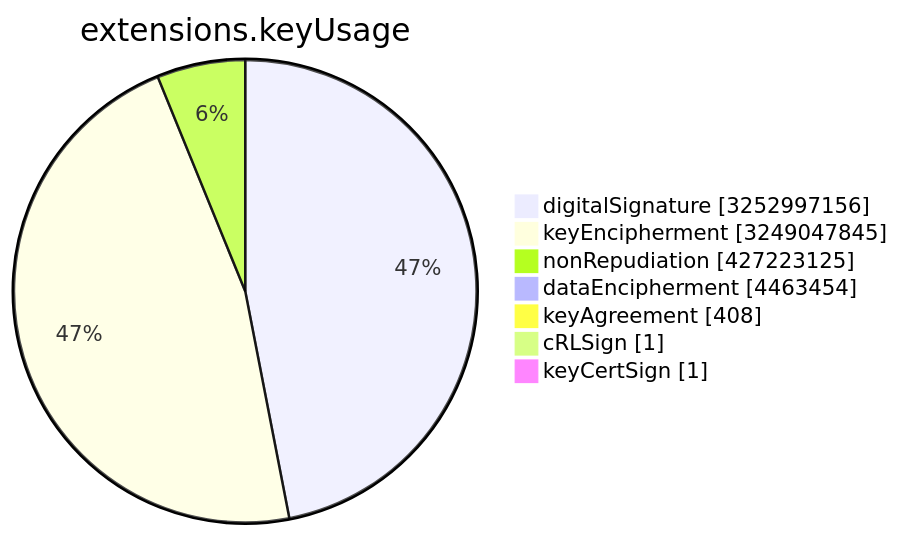
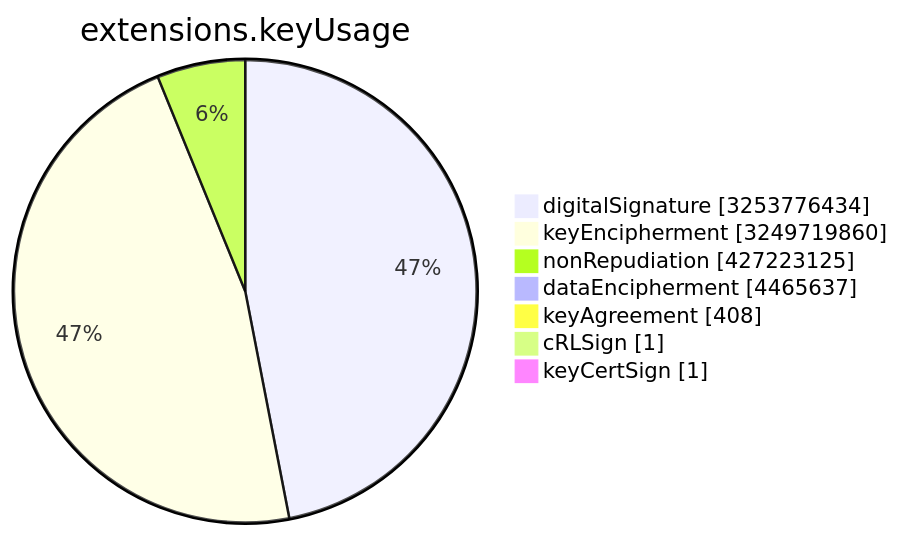
Before and after one commit to christiankrug/ctmonitor_visualization: the sixth of 15 diagrams in TOTAL/README.md, drawn with Mermaid. The commit also changed other lines of this file, not shown here.

````diff
--- a/TOTAL/README.md
+++ b/TOTAL/README.md
@@ -3078,11 +3078,11 @@
 ```mermaid
 pie showData
 title extensions.keyUsage
-"digitalSignature" :3252997156
-"keyEncipherment" :3249047845
+"digitalSignature" :3253776434
+"keyEncipherment" :3249719860
 "nonRepudiation" :427223125
-"dataEncipherment" :4463454
+"dataEncipherment" :4465637
 "keyAgreement" :408
 "cRLSign" :1
 "keyCertSign" :1
 ```
````
